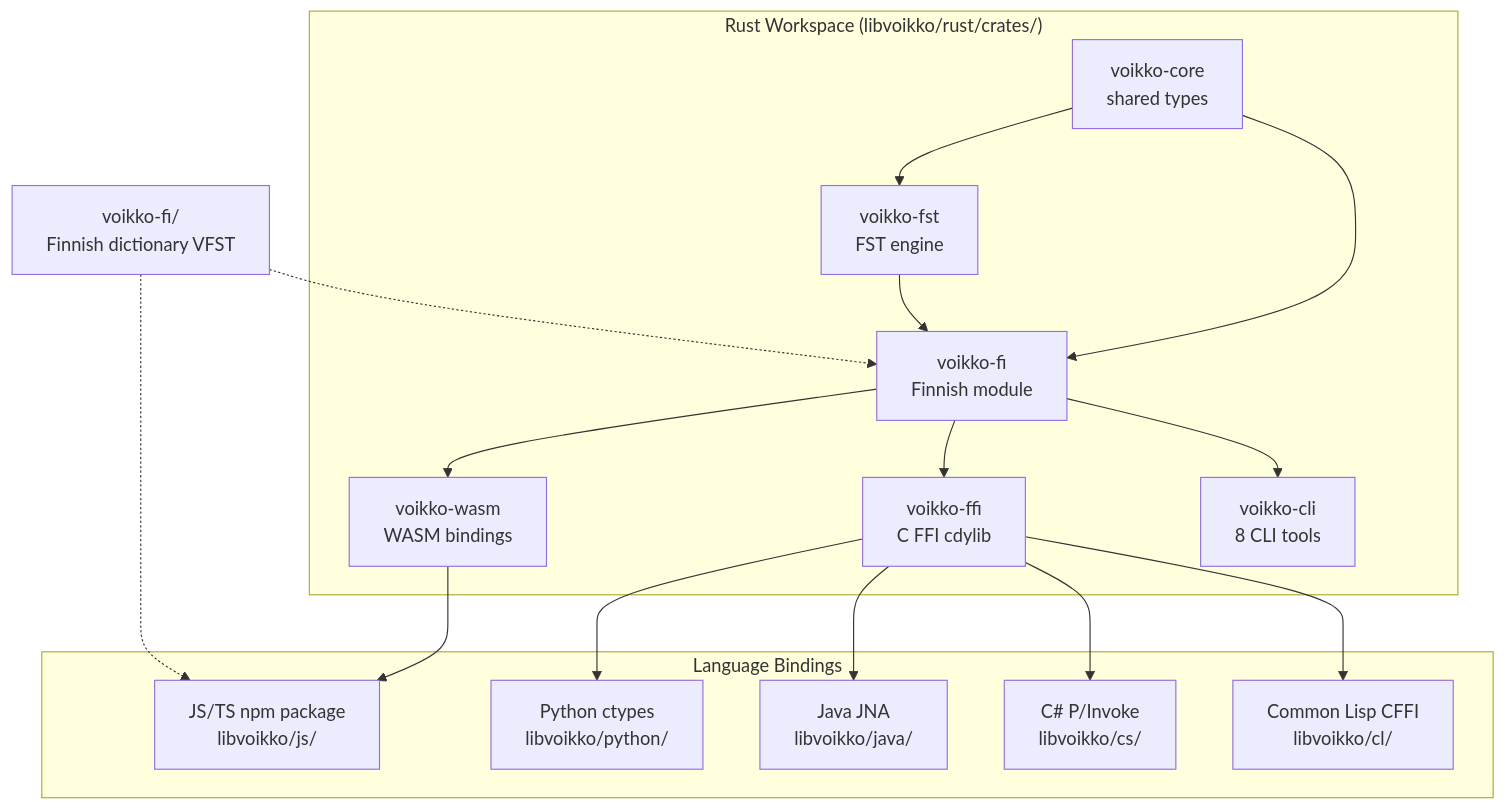
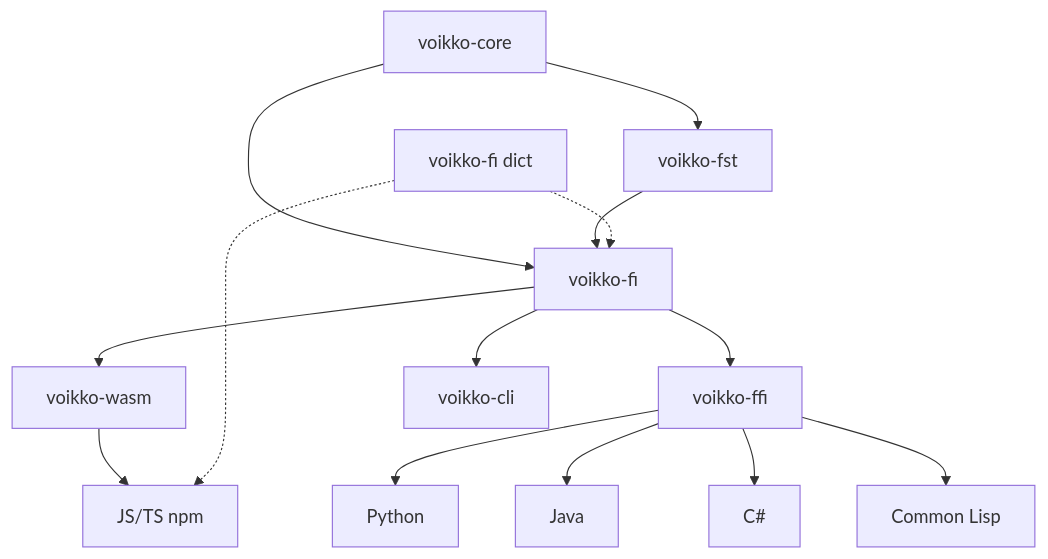
Before and after one commit to yongsk0066/corevoikko: the diagram in CLAUDE.md, drawn with Mermaid. The commit also changed other lines of this file and 10 other files, not shown here.

````diff
--- a/CLAUDE.md
+++ b/CLAUDE.md
@@ -13,35 +13,16 @@
 ```mermaid
-graph TD
-    subgraph "Rust Workspace (libvoikko/rust/crates/)"
-        core[voikko-core<br/>shared types]
-        fst[voikko-fst<br/>FST engine]
-        fi[voikko-fi<br/>Finnish module]
-        wasm[voikko-wasm<br/>WASM bindings]
-        ffi[voikko-ffi<br/>C FFI cdylib]
-        cli[voikko-cli<br/>8 CLI tools]
-    end
-
-    core --> fst
-    core --> fi
+flowchart TD
+    core[voikko-core] --> fst[voikko-fst]
+    core --> fi[voikko-fi]
     fst --> fi
-    fi --> wasm
-    fi --> ffi
-    fi --> cli
-
-    subgraph "Language Bindings"
-        js[JS/TS npm package<br/>libvoikko/js/]
-        py[Python ctypes<br/>libvoikko/python/]
-        java[Java JNA<br/>libvoikko/java/]
-        cs["C# P/Invoke<br/>libvoikko/cs/"]
-        cl[Common Lisp CFFI<br/>libvoikko/cl/]
-    end
-
-    wasm --> js
-    ffi --> py
-    ffi --> java
-    ffi --> cs
-    ffi --> cl
-
-    dict[voikko-fi/<br/>Finnish dictionary VFST] -.-> fi
+    fi --> wasm[voikko-wasm]
+    fi --> ffi[voikko-ffi]
+    fi --> cli[voikko-cli]
+    wasm --> js[JS/TS npm]
+    ffi --> py[Python]
+    ffi --> java[Java]
+    ffi --> cs[C#]
+    ffi --> cl[Common Lisp]
+    dict[voikko-fi dict] -.-> fi
     dict -.-> js
 ```
````
